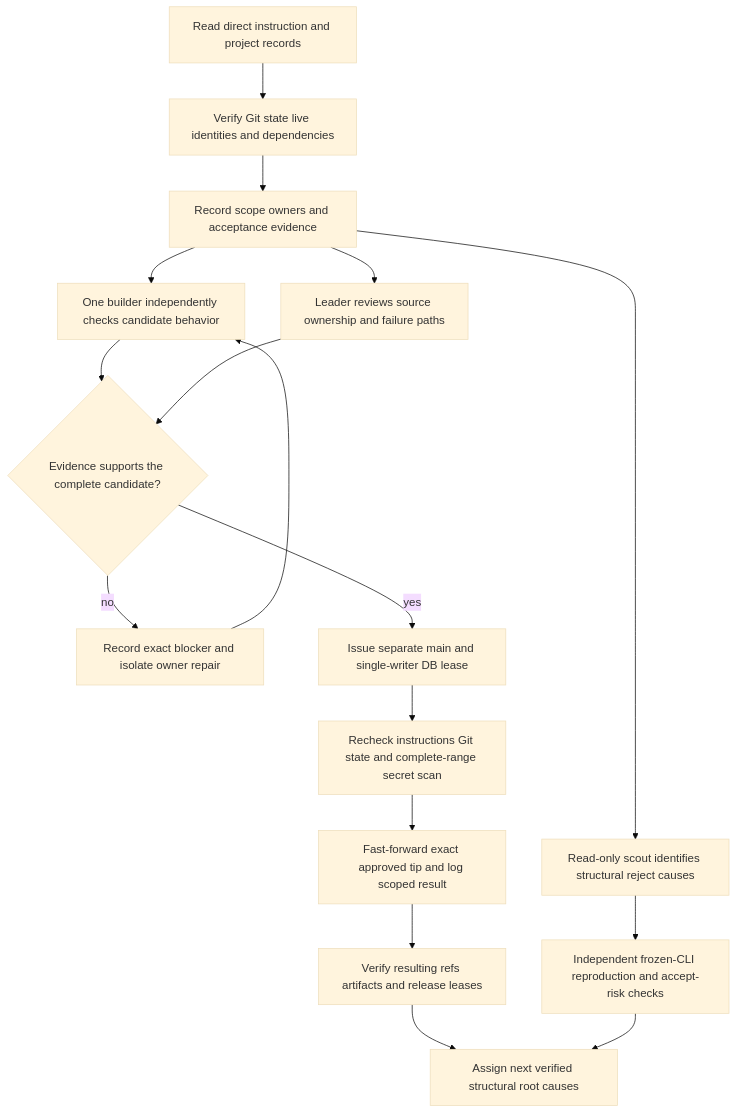
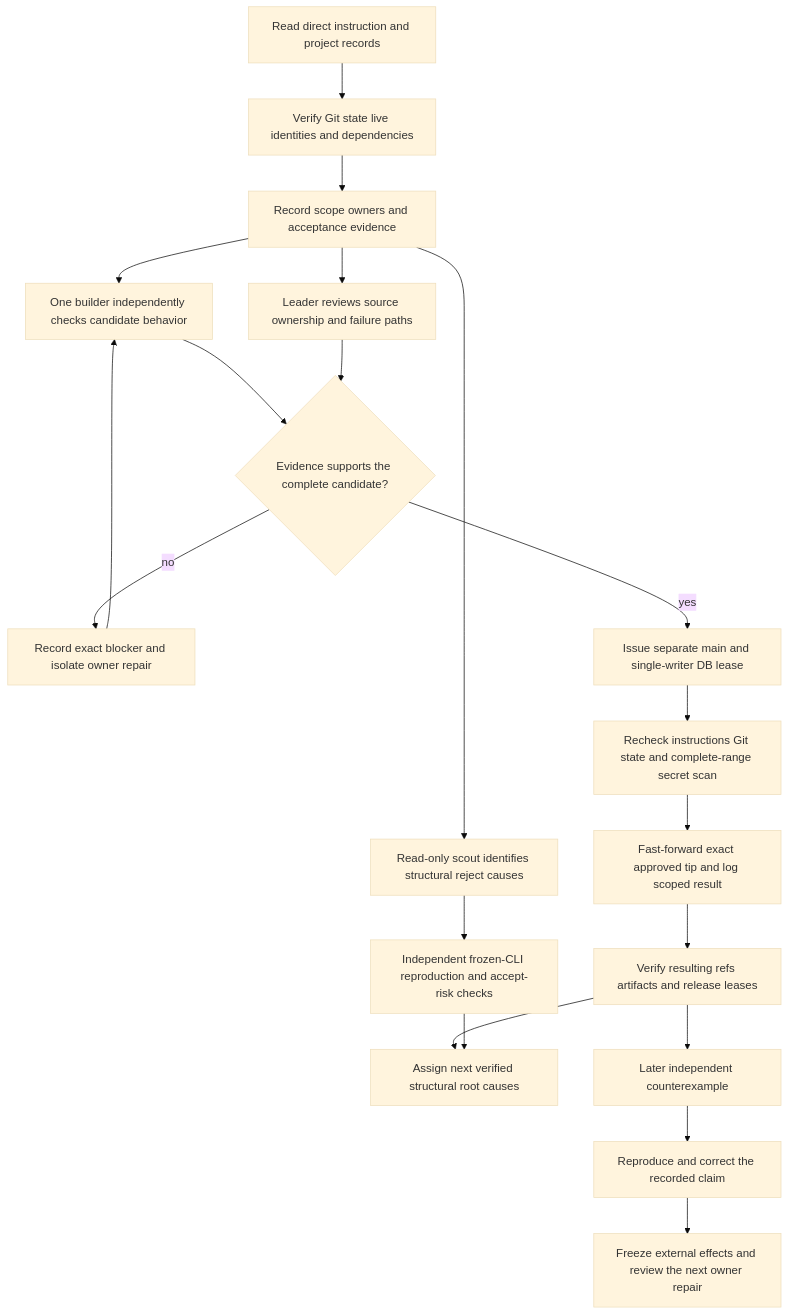
Before and after one commit to loveJesus/haskelujah-chirho: the diagram in spec-chirho/workflows-chirho/development-chirho/parity-review-chirho.md, drawn with Mermaid (base theme). The commit also changed other lines of this file and 3 other files, not shown here.

````diff
--- a/spec-chirho/workflows-chirho/development-chirho/parity-review-chirho.md
+++ b/spec-chirho/workflows-chirho/development-chirho/parity-review-chirho.md
@@ -7,19 +7,22 @@
 ```mermaid
 flowchart TD
     direction_chirho[Read direct instruction and project records] --> inventory_chirho[Verify Git state live identities and dependencies]
     inventory_chirho --> plan_chirho[Record scope owners and acceptance evidence]
     plan_chirho --> independent_chirho[One builder independently checks candidate behavior]
     plan_chirho --> source_chirho[Leader reviews source ownership and failure paths]
     plan_chirho --> scout_chirho[Read-only scout identifies structural reject causes]
     scout_chirho --> counts_chirho[Independent frozen-CLI reproduction and accept-risk checks]
     independent_chirho --> decision_chirho{Evidence supports the complete candidate?}
     source_chirho --> decision_chirho
     decision_chirho -- no --> repair_chirho[Record exact blocker and isolate owner repair]
     repair_chirho --> independent_chirho
     decision_chirho -- yes --> lease_chirho[Issue separate main and single-writer DB lease]
     lease_chirho --> freshness_chirho[Recheck instructions Git state and complete-range secret scan]
     freshness_chirho --> landing_chirho[Fast-forward exact approved tip and log scoped result]
     landing_chirho --> verify_chirho[Verify resulting refs artifacts and release leases]
     verify_chirho --> lanes_chirho[Assign next verified structural root causes]
     counts_chirho --> lanes_chirho
+    verify_chirho --> followup_chirho[Later independent counterexample]
+    followup_chirho --> correction_chirho[Reproduce and correct the recorded claim]
+    correction_chirho --> next_candidate_chirho[Freeze external effects and review the next owner repair]
 ```
````
